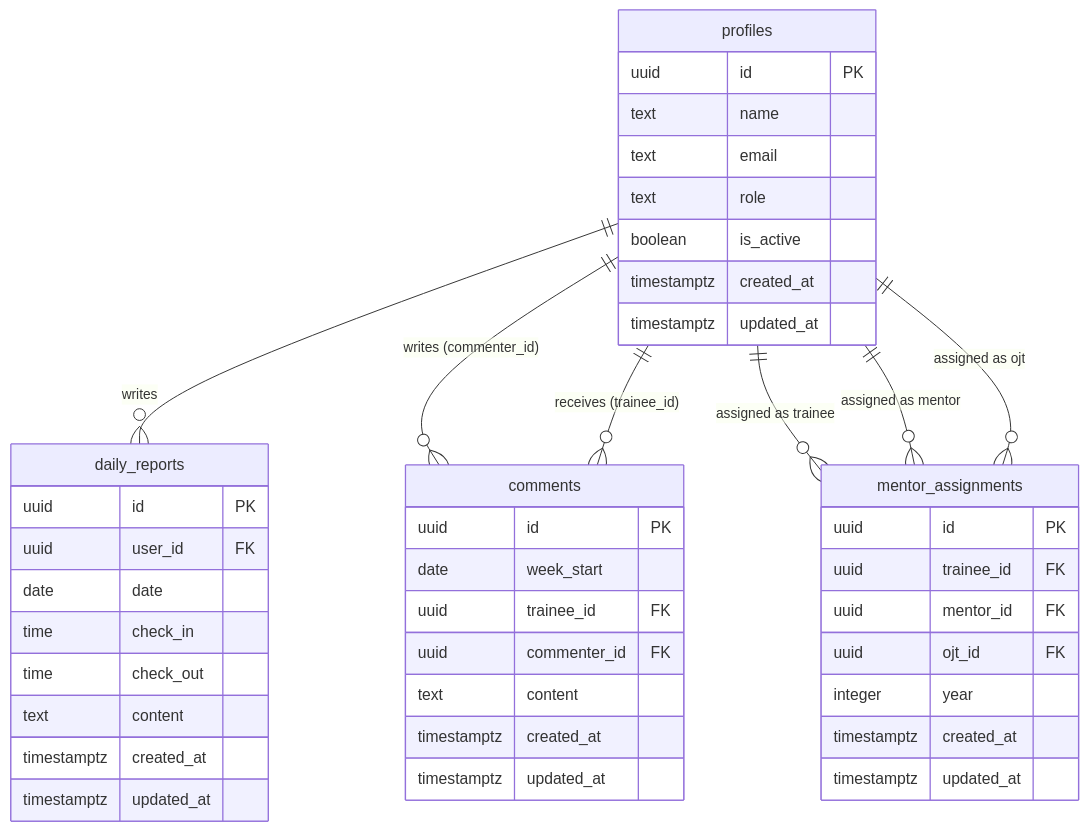
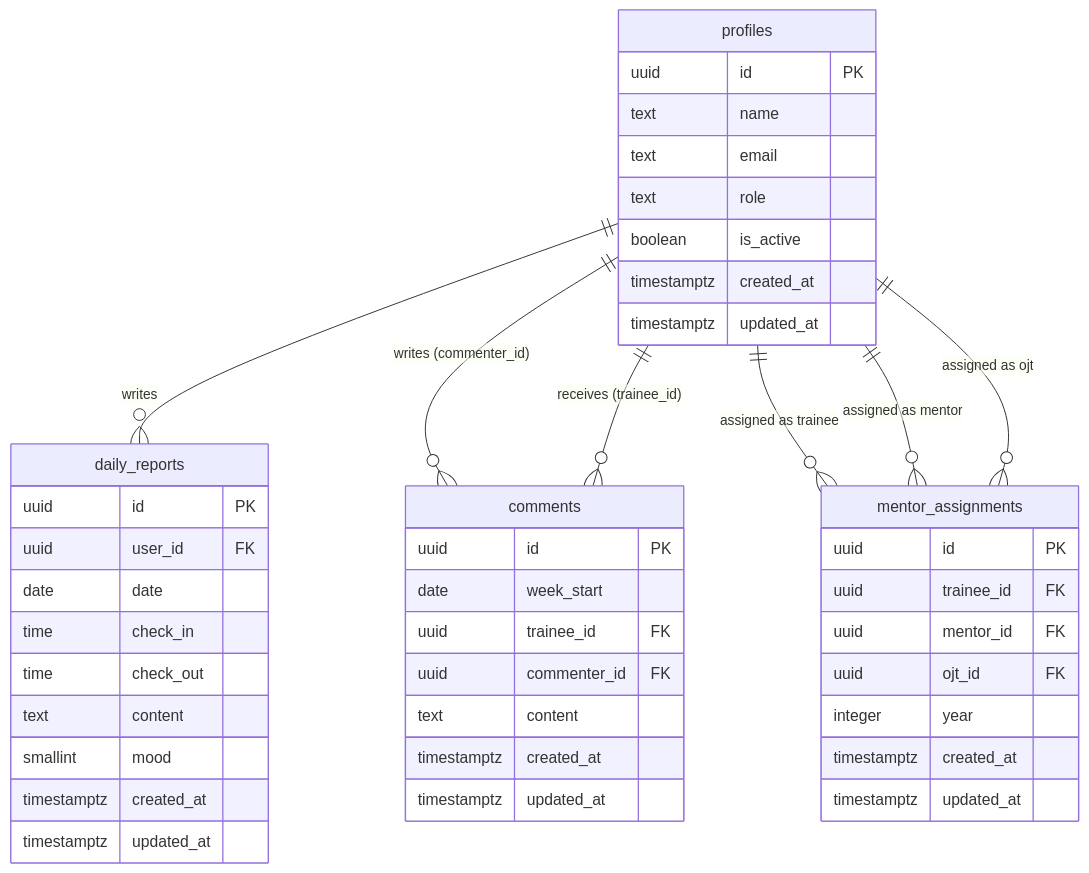
The diagram in docs/db-design.md (cct-ax/joynal), drawn with Mermaid before and after one commit. The commit also changed other lines of this file, not shown here.

Commit message:
feat: add mood column to profiles and update content description

````diff
--- a/docs/db-design.md
+++ b/docs/db-design.md
@@ -14,50 +14,51 @@
 ```mermaid
 erDiagram
     profiles {
         uuid id PK
         text name
         text email
         text role
         boolean is_active
         timestamptz created_at
         timestamptz updated_at
     }
 
     daily_reports {
         uuid id PK
         uuid user_id FK
         date date
         time check_in
         time check_out
         text content
+        smallint mood
         timestamptz created_at
         timestamptz updated_at
     }
 
     comments {
         uuid id PK
         date week_start
         uuid trainee_id FK
         uuid commenter_id FK
         text content
         timestamptz created_at
         timestamptz updated_at
     }
 
     mentor_assignments {
         uuid id PK
         uuid trainee_id FK
         uuid mentor_id FK
         uuid ojt_id FK
         integer year
         timestamptz created_at
         timestamptz updated_at
     }
 
     profiles ||--o{ daily_reports : "writes"
     profiles ||--o{ comments : "writes (commenter_id)"
     profiles ||--o{ comments : "receives (trainee_id)"
     profiles ||--o{ mentor_assignments : "assigned as trainee"
     profiles ||--o{ mentor_assignments : "assigned as mentor"
     profiles ||--o{ mentor_assignments : "assigned as ojt"
 ```
````
